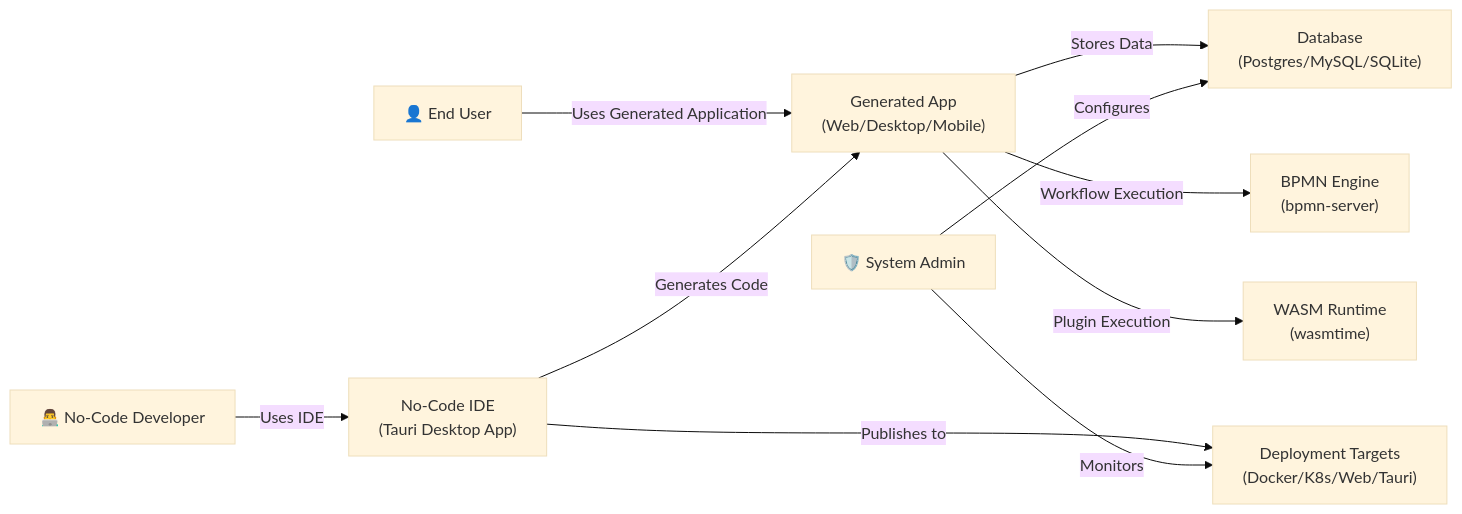
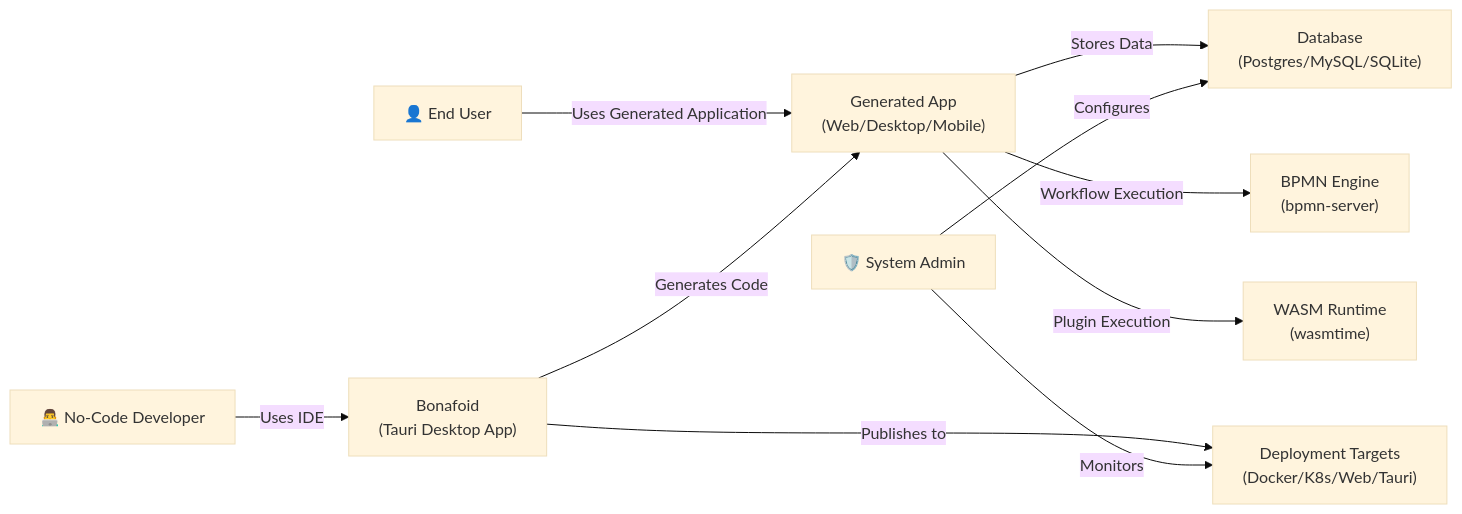
One commit to harrysuke/Bonafoid changed the second of 16 diagrams in docs/System Architecture Diagrams.md. Above: the diagram before and after it, drawn with Mermaid (base theme). The commit also changed other lines of this file and 127 other files, not shown here.

````diff
--- a/docs/System Architecture Diagrams.md
+++ b/docs/System Architecture Diagrams.md
@@ -148,16 +148,16 @@
 ```mermaid
 graph LR
     User["👤 End User"] -->|"Uses Generated Application"| GenApp["Generated App<br/>(Web/Desktop/Mobile)"]
     
-    Dev["👨‍💻 No-Code Developer"] -->|"Uses IDE"| NocodeIDE["No-Code IDE<br/>(Tauri Desktop App)"]
+    Dev["👨‍💻 No-Code Developer"] -->|"Uses IDE"| NocodeIDE["Bonafoid<br/>(Tauri Desktop App)"]
     
     NocodeIDE -->|"Generates Code"| GenApp
     NocodeIDE -->|"Publishes to"| Deployment["Deployment Targets<br/>(Docker/K8s/Web/Tauri)"]
     
     GenApp -->|"Stores Data"| Database["Database<br/>(Postgres/MySQL/SQLite)"]
     GenApp -->|"Workflow Execution"| BPMN_Eng["BPMN Engine<br/>(bpmn-server)"]
     GenApp -->|"Plugin Execution"| WasmRuntime["WASM Runtime<br/>(wasmtime)"]
     
     Admin["🛡️ System Admin"] -->|"Monitors"| Deployment
     Admin -->|"Configures"| Database
 ```
````
